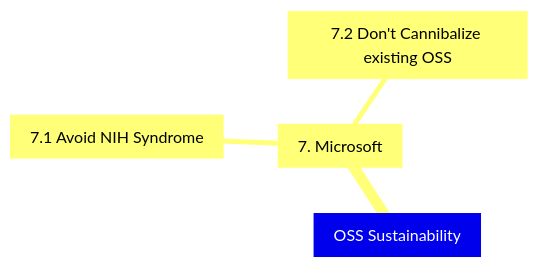
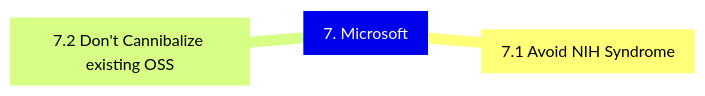
Before and after one commit to AWiderDotNET/home: the seventh of 8 diagrams in README.md, drawn with Mermaid. The commit also changed other lines of this file, not shown here.

````diff
--- a/README.md
+++ b/README.md
@@ -111,7 +105,6 @@
 ```mermaid
 mindmap
-  root[OSS Sustainability]
-    7[7. Microsoft]
-      7.1[7.1 Avoid NIH Syndrome]
-      7.2[7.2 Don't Cannibalize existing OSS]
+  7[7. Microsoft]
+    7.1[7.1 Avoid NIH Syndrome]
+    7.2[7.2 Don't Cannibalize existing OSS]
 ```
````
